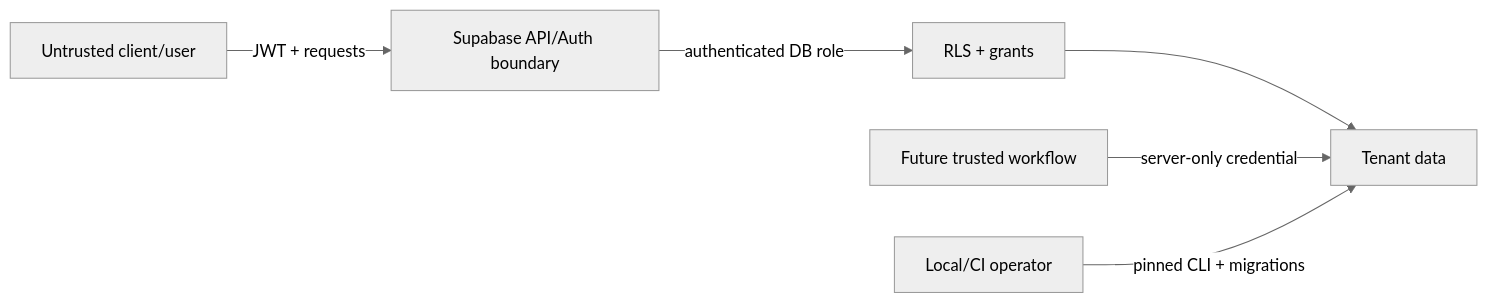
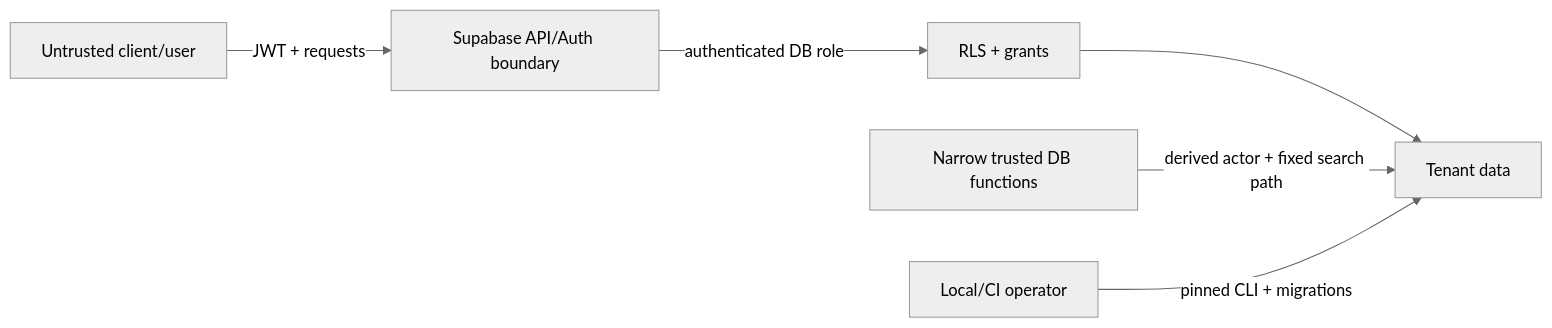
Before and after one commit to yash200508/credit-accounting: the diagram in docs/threat-model.md, drawn with Mermaid (neutral theme). The commit also changed other lines of this file and 23 other files, not shown here.

````diff
--- a/docs/threat-model.md
+++ b/docs/threat-model.md
@@ -11,8 +16,8 @@
 ```mermaid
 flowchart LR
     U["Untrusted client/user"] -->|"JWT + requests"| G["Supabase API/Auth boundary"]
     G -->|"authenticated DB role"| R["RLS + grants"]
     R --> T["Tenant data"]
-    W["Future trusted workflow"] -->|"server-only credential"| T
+    W["Narrow trusted DB functions"] -->|"derived actor + fixed search path"| T
     C["Local/CI operator"] -->|"pinned CLI + migrations"| T
 ```
````
